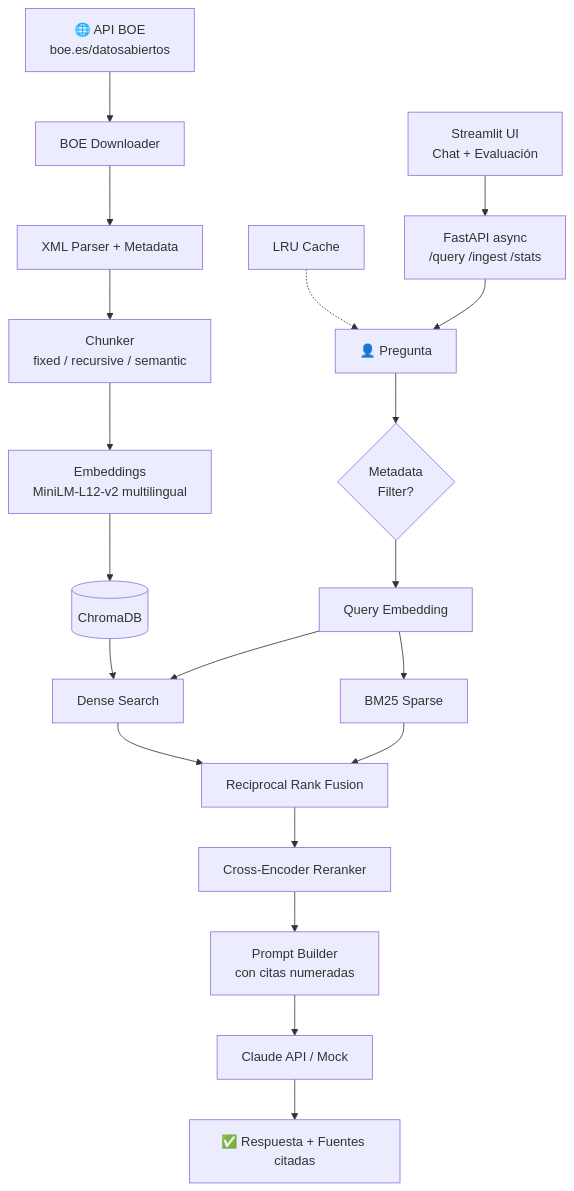
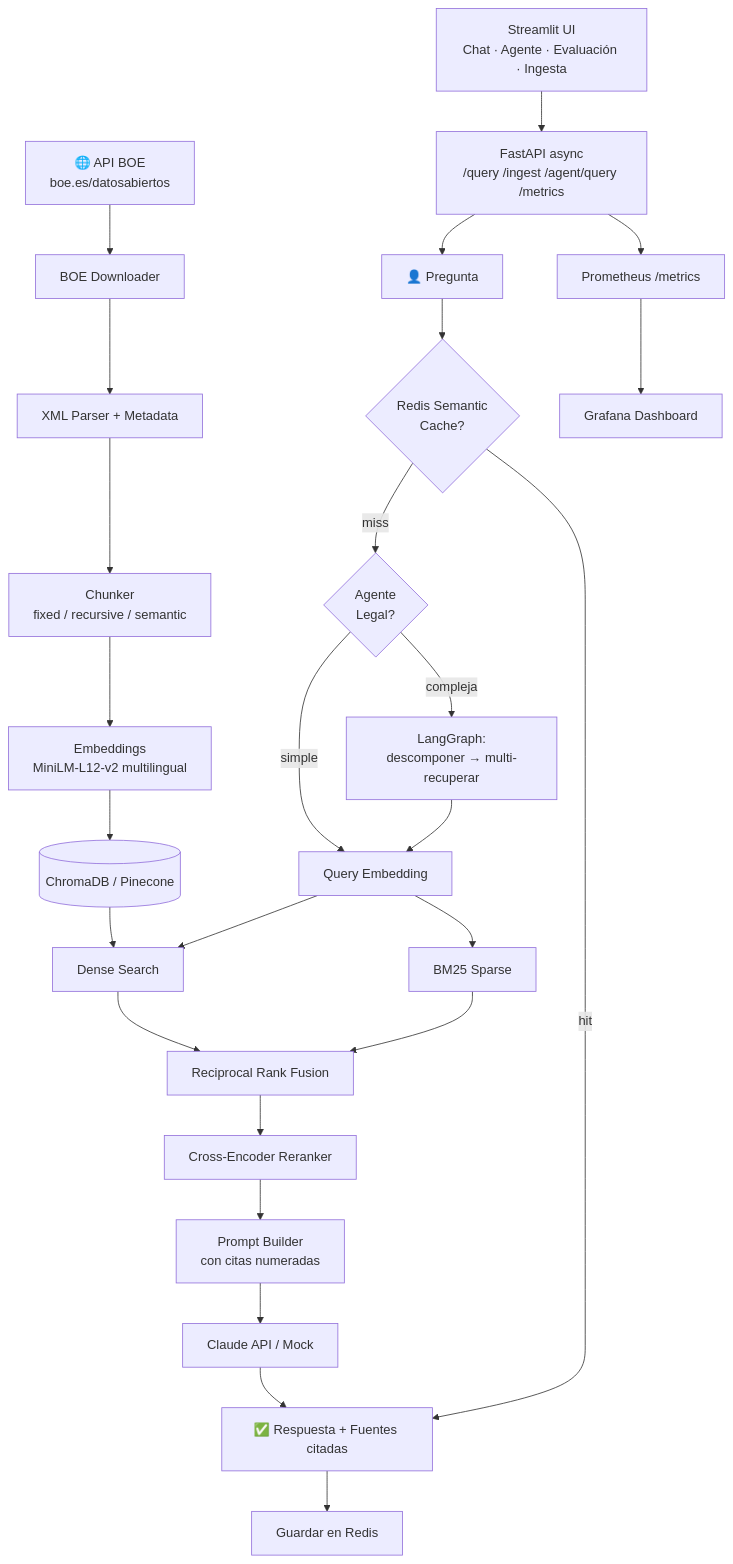
Before and after one commit to lightskinhorti/RAG: the diagram in README.md, drawn with Mermaid. The commit also changed other lines of this file, not shown here.

````diff
--- a/README.md
+++ b/README.md
@@ -91,23 +93,29 @@
 ```mermaid
 graph TD
     BOE["🌐 API BOE<br/>boe.es/datosabiertos"] --> DL[BOE Downloader]
     DL --> PARSE[XML Parser + Metadata]
     PARSE --> CHUNK[Chunker<br/>fixed / recursive / semantic]
     CHUNK --> EMB["Embeddings<br/>MiniLM-L12-v2 multilingual"]
-    EMB --> DB[(ChromaDB)]
+    EMB --> DB[(ChromaDB / Pinecone)]
 
-    Q["👤 Pregunta"] --> FILT{Metadata<br/>Filter?}
-    FILT --> QEMB[Query Embedding]
+    Q["👤 Pregunta"] --> CACHE{Redis Semantic<br/>Cache?}
+    CACHE -- miss --> AGENT{Agente<br/>Legal?}
+    CACHE -- hit --> ANS
+    AGENT -- simple --> QEMB[Query Embedding]
+    AGENT -- compleja --> DECOMP[LangGraph:<br/>descomponer → multi-recuperar]
+    DECOMP --> QEMB
     QEMB --> DENSE[Dense Search]
     QEMB --> BM25[BM25 Sparse]
     DENSE & BM25 --> RRF[Reciprocal Rank Fusion]
     RRF --> RANK[Cross-Encoder Reranker]
     RANK --> PROMPT["Prompt Builder<br/>con citas numeradas"]
     PROMPT --> LLM["Claude API / Mock"]
     DB --> DENSE
     LLM --> ANS["✅ Respuesta + Fuentes citadas"]
 
-    CACHE["LRU Cache"] -.-> Q
-    API["FastAPI async<br/>/query /ingest /stats"] --> Q
-    UI["Streamlit UI<br/>Chat + Evaluación"] --> API
+    ANS --> CACHE_STORE[Guardar en Redis]
+    API["FastAPI async<br/>/query /ingest /agent/query /metrics"] --> Q
+    UI["Streamlit UI<br/>Chat · Agente · Evaluación · Ingesta"] --> API
+    PROM["Prometheus /metrics"] --> GRAF[Grafana Dashboard]
+    API --> PROM
 ```
````
